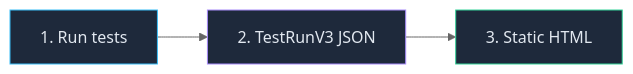
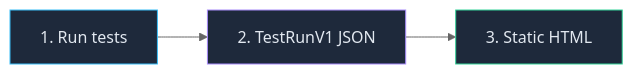
One commit to dotnetprofessional/LiveDoc changed the diagram in docs/docs/viewer/guides/static-export.mdx. Above: the diagram before and after it, drawn with Mermaid (neutral theme). The commit also changed other lines of this file and 40 other files, not shown here.

````diff
--- a/docs/docs/viewer/guides/static-export.mdx
+++ b/docs/docs/viewer/guides/static-export.mdx
@@ -24,8 +24,8 @@
 ```mermaid
 graph LR
-    A["1. Run tests"] --> B["2. TestRunV3 JSON"]
+    A["1. Run tests"] --> B["2. TestRunV1 JSON"]
     B --> C["3. Static HTML"]
     style A fill:#1e293b,stroke:#38bdf8,color:#e2e8f0
     style B fill:#1e293b,stroke:#a78bfa,color:#e2e8f0
     style C fill:#1e293b,stroke:#34d399,color:#e2e8f0
 ```
````
